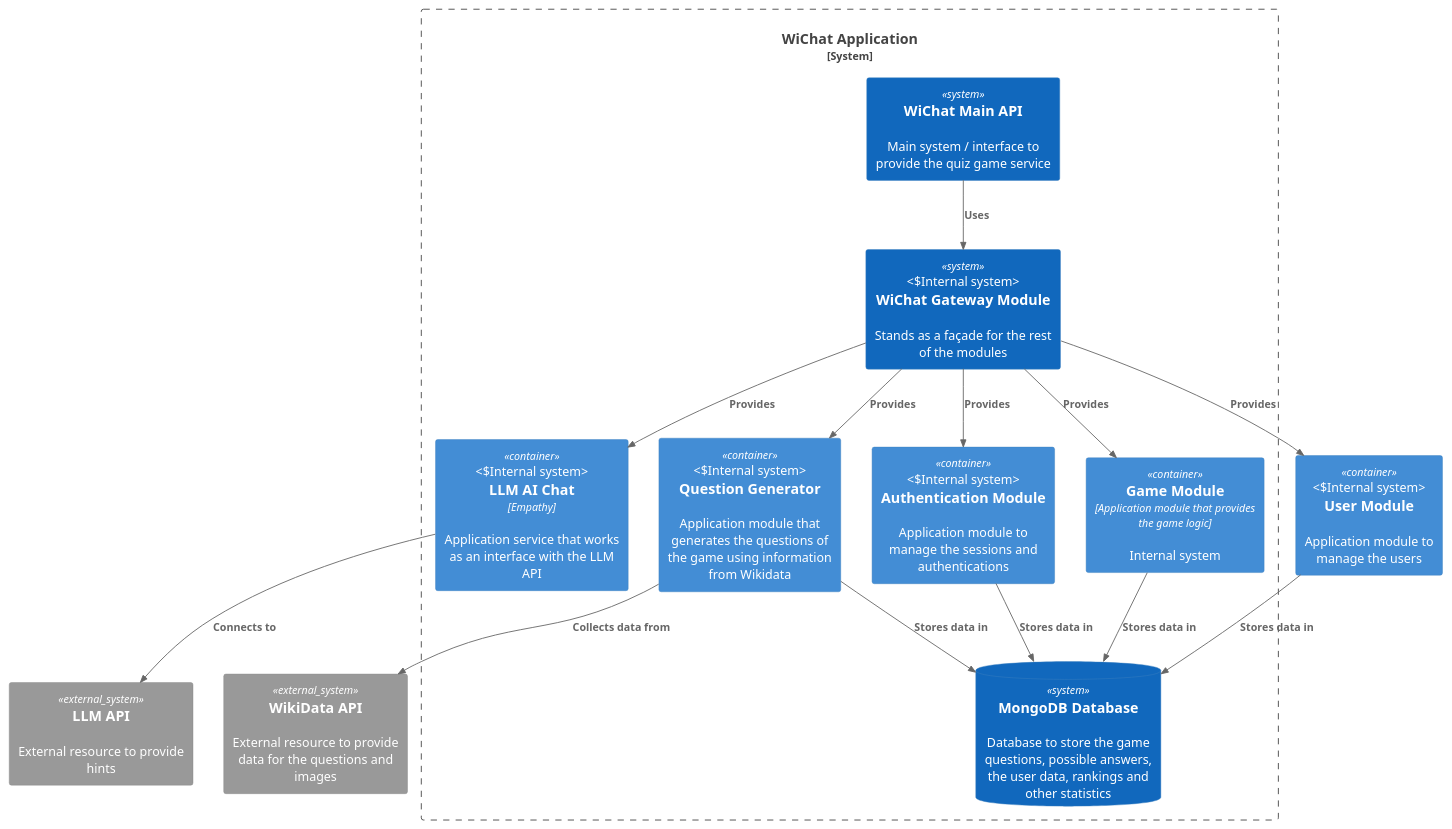
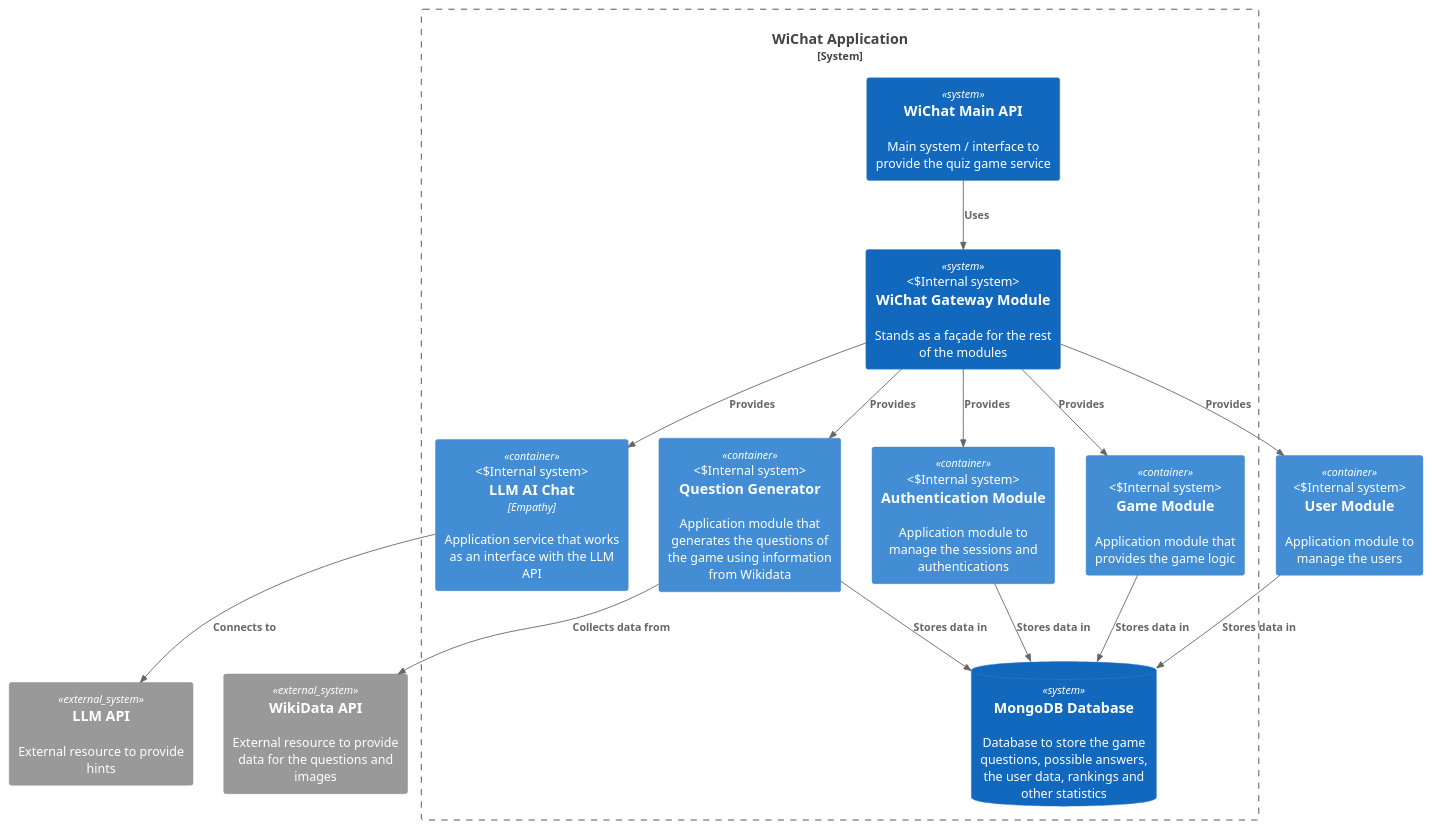
Before and after one commit to Arquisoft/wichat_en1a: the diagram in docs/src/diagrams/S3_C4_Business_Context_Diagram.puml, drawn with PlantUML. The commit also changed 2 other files, not shown here.

```diff
--- a/docs/src/diagrams/S3_C4_Business_Context_Diagram.puml
+++ b/docs/src/diagrams/S3_C4_Business_Context_Diagram.puml
@@ -1,34 +1,34 @@
 @startuml C4_Business_Context_Diagram
 !include <C4/C4_Container>
 
 top to bottom direction
 
 Person(user, "User")
 System_Boundary(quizGame, "WiChat Application") {
     System(wichat, "WiChat Main API", "Main system / interface to provide the quiz game service")
     System(gateway, "WiChat Gateway Module", "Stands as a façade for the rest of the modules", "Internal system")
     Container(llmChat, "LLM AI Chat", "Empathy", "Application service that works as an interface with the LLM API", "Internal system")
     Container(auth, "Authentication Module", "", "Application module to manage the sessions and authentications", "Internal system")
     Container(user, "User Module", "", "Application module to manage the users", "Internal system")
-    Container(gameService, "Game Module", "Application module that provides the game logic", "Internal system")
+    Container(gameService, "Game Module", "", "Application module that provides the game logic", "Internal system")
     Container(questionGen, "Question Generator", "", "Application module that generates the questions of the game using information from Wikidata", "Internal system")
     SystemDb(mongodb, "MongoDB Database", "Database to store the game questions, possible answers, the user data, rankings and other statistics")    
 }
 System_Ext(wikidata, "WikiData API", "External resource to provide data for the questions and images")
 System_Ext(llm, "LLM API", "External resource to provide hints")
 
 
 Rel(wichat, gateway, "Uses")
 Rel(gateway, llmChat, "Provides")
 Rel(gateway, auth, "Provides")
 Rel(gateway, user, "Provides")
 Rel(gateway, questionGen, "Provides")
 Rel(gateway, gameService, "Provides")
 Rel(llmChat, llm, "Connects to")
 Rel(user, mongodb, "Stores data in")
 Rel(auth, mongodb, "Stores data in")
 Rel(questionGen, mongodb, "Stores data in")
 Rel(gameService, mongodb, "Stores data in")
 Rel(questionGen, wikidata, "Collects data from")
 
 @enduml
```
